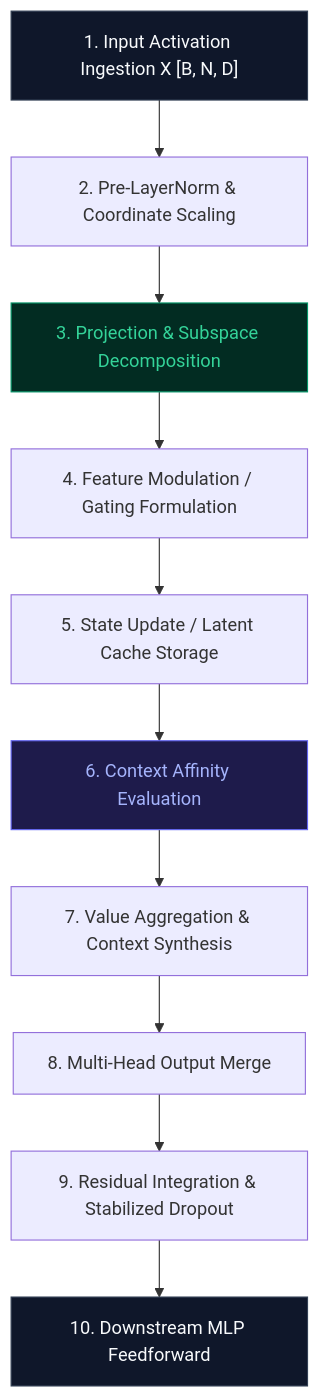
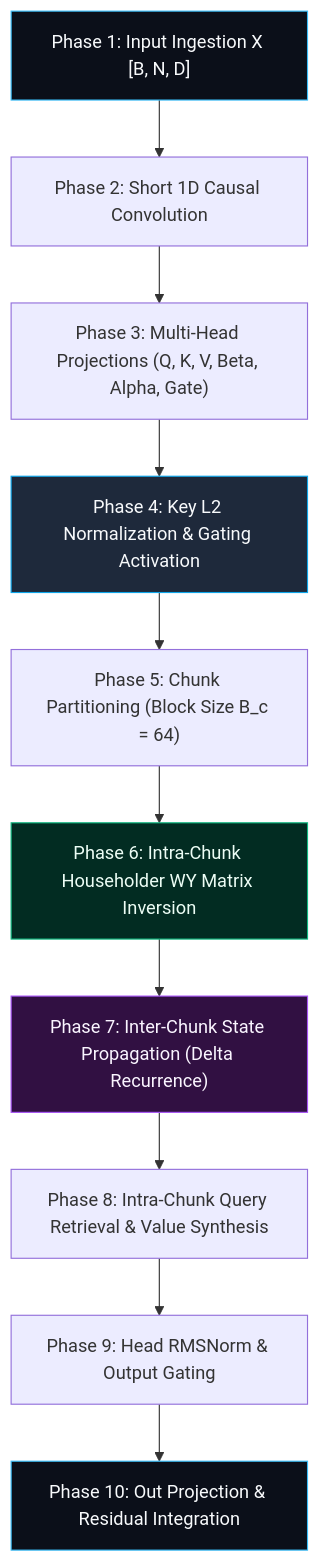
The second of 2 diagrams in Docs/content/attentions_blog/gated_delta_net_blog.md (tahamajs/NeuralOps), drawn with Mermaid before and after one commit. The commit also changed other lines of this file and 1 other file, not shown here.

First line of the commit message:
docs(blog): refine Gated DeltaNet technical deep dive

````diff
--- a/Docs/content/attentions_blog/gated_delta_net_blog.md
+++ b/Docs/content/attentions_blog/gated_delta_net_blog.md
@@ -77,17 +102,18 @@
 ```mermaid
 graph TD
-    Step1["1. Input Activation Ingestion X [B, N, D]"] --> Step2["2. Pre-LayerNorm & Coordinate Scaling"]
-    Step2 --> Step3["3. Projection & Subspace Decomposition"]
-    Step3 --> Step4["4. Feature Modulation / Gating Formulation"]
-    Step4 --> Step5["5. State Update / Latent Cache Storage"]
-    Step5 --> Step6["6. Context Affinity Evaluation"]
-    Step6 --> Step7["7. Value Aggregation & Context Synthesis"]
-    Step7 --> Step8["8. Multi-Head Output Merge"]
-    Step8 --> Step9["9. Residual Integration & Stabilized Dropout"]
-    Step9 --> Step10["10. Downstream MLP Feedforward"]
+    P1["Phase 1: Input Ingestion X [B, N, D]"] --> P2["Phase 2: Short 1D Causal Convolution"]
+    P2 --> P3["Phase 3: Multi-Head Projections (Q, K, V, Beta, Alpha, Gate)"]
+    P3 --> P4["Phase 4: Key L2 Normalization & Gating Activation"]
+    P4 --> P5["Phase 5: Chunk Partitioning (Block Size B_c = 64)"]
+    P5 --> P6["Phase 6: Intra-Chunk Householder WY Matrix Inversion"]
+    P6 --> P7["Phase 7: Inter-Chunk State Propagation (Delta Recurrence)"]
+    P7 --> P8["Phase 8: Intra-Chunk Query Retrieval & Value Synthesis"]
+    P8 --> P9["Phase 9: Head RMSNorm & Output Gating"]
+    P9 --> P10["Phase 10: Out Projection & Residual Integration"]
 
-    style Step1 fill:#0F172A,stroke:#334155,color:#F8FAFC
-    style Step3 fill:#022C22,stroke:#059669,color:#34D399
-    style Step6 fill:#1E1B4B,stroke:#6366F1,color:#A5B4FC
-    style Step10 fill:#0F172A,stroke:#334155,color:#F8FAFC
+    style P1 fill:#0B0F19,stroke:#38BDF8,color:#F8FAFC
+    style P4 fill:#1E293B,stroke:#0EA5E9,color:#F8FAFC
+    style P6 fill:#022C22,stroke:#10B981,color:#ECFDF5
+    style P7 fill:#311042,stroke:#A855F7,color:#FAF5FF
+    style P10 fill:#0B0F19,stroke:#38BDF8,color:#F8FAFC
 ```
````
